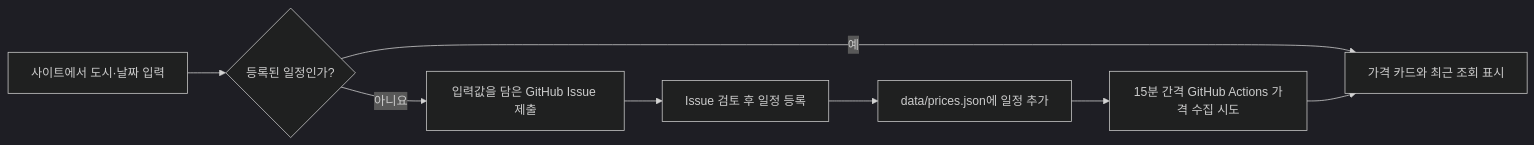
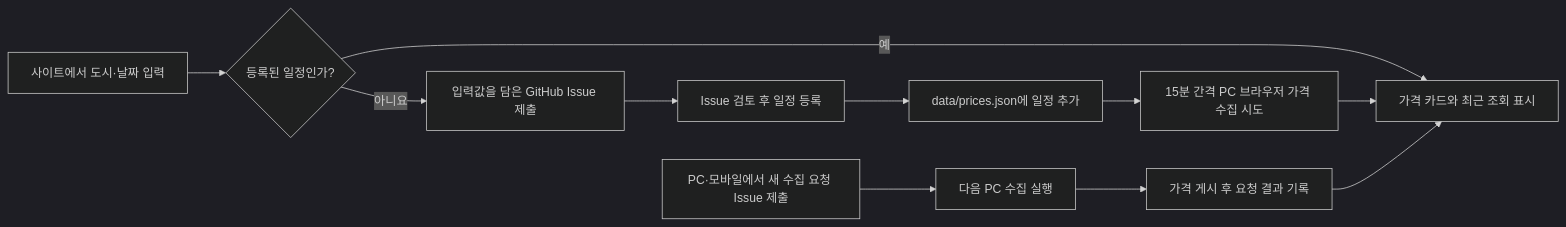
The diagram in docs/projects/flight-price-tracker/plan.md (GagulProject/flight-price-tracker), drawn with Mermaid (dark theme) before and after one commit. The commit also changed other lines of this file and 8 other files, not shown here.

````diff
--- a/docs/projects/flight-price-tracker/plan.md
+++ b/docs/projects/flight-price-tracker/plan.md
@@ -3,10 +3,13 @@
 ```mermaid
 flowchart LR
   A[사이트에서 도시·날짜 입력] --> B{등록된 일정인가?}
   B -->|예| C[가격 카드와 최근 조회 표시]
   B -->|아니요| D[입력값을 담은 GitHub Issue 제출]
   D --> E[Issue 검토 후 일정 등록]
   E --> F[data/prices.json에 일정 추가]
-  F --> G[15분 간격 GitHub Actions 가격 수집 시도]
+  F --> G[15분 간격 PC 브라우저 가격 수집 시도]
   G --> C
+  H[PC·모바일에서 새 수집 요청 Issue 제출] --> I[다음 PC 수집 실행]
+  I --> J[가격 게시 후 요청 결과 기록]
+  J --> C
 ```
````
